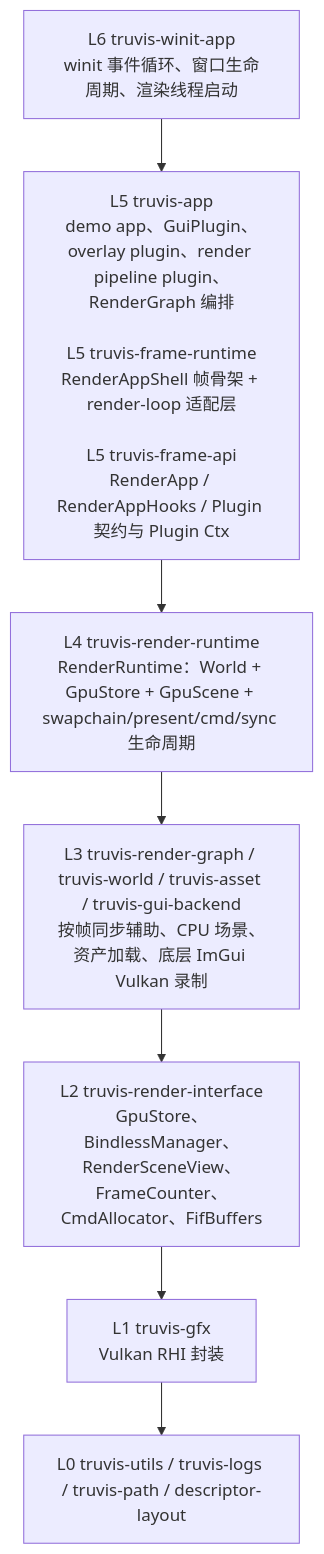
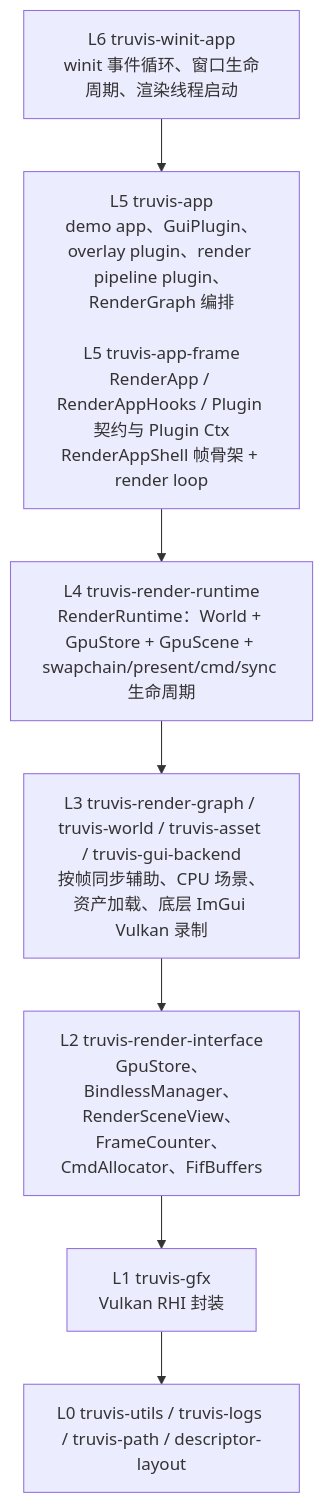
The first of 7 diagrams in ARCHITECTURE.md (acccoco/TruvisRenderer), drawn with Mermaid before and after one commit. The commit also changed other lines of this file and 40 other files, not shown here.

First line of the commit message:
[refactor] 合并 App frame 框架层

````diff
--- a/ARCHITECTURE.md
+++ b/ARCHITECTURE.md
@@ -9,12 +9,12 @@
 ```mermaid
 flowchart TB
     L6["L6 truvis-winit-app<br/>winit 事件循环、窗口生命周期、渲染线程启动"]
-    L5["L5 truvis-app<br/>demo app、GuiPlugin、overlay plugin、render pipeline plugin、RenderGraph 编排<br/><br/>L5 truvis-frame-runtime<br/>RenderAppShell 帧骨架 + render-loop 适配层<br/><br/>L5 truvis-frame-api<br/>RenderApp / RenderAppHooks / Plugin 契约与 Plugin Ctx"]
+    L5["L5 truvis-app<br/>demo app、GuiPlugin、overlay plugin、render pipeline plugin、RenderGraph 编排<br/><br/>L5 truvis-app-frame<br/>RenderApp / RenderAppHooks / Plugin 契约与 Plugin Ctx<br/>RenderAppShell 帧骨架 + render loop"]
     L4["L4 truvis-render-runtime<br/>RenderRuntime：World + GpuStore + GpuScene + swapchain/present/cmd/sync 生命周期"]
     L3["L3 truvis-render-graph / truvis-world / truvis-asset / truvis-gui-backend<br/>按帧同步辅助、CPU 场景、资产加载、底层 ImGui Vulkan 录制"]
     L2["L2 truvis-render-interface<br/>GpuStore、BindlessManager、RenderSceneView、FrameCounter、CmdAllocator、FifBuffers"]
     L1["L1 truvis-gfx<br/>Vulkan RHI 封装"]
     L0["L0 truvis-utils / truvis-logs / truvis-path / descriptor-layout"]
 
     L6 --> L5 --> L4 --> L3 --> L2 --> L1 --> L0
 ```
````
